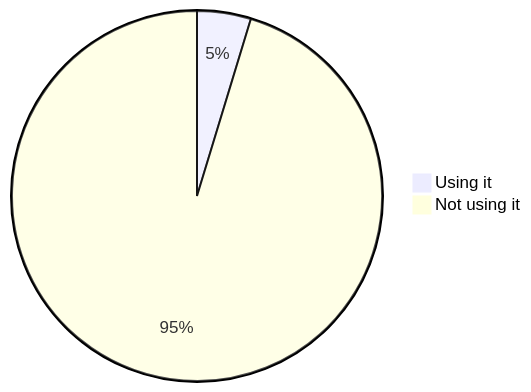
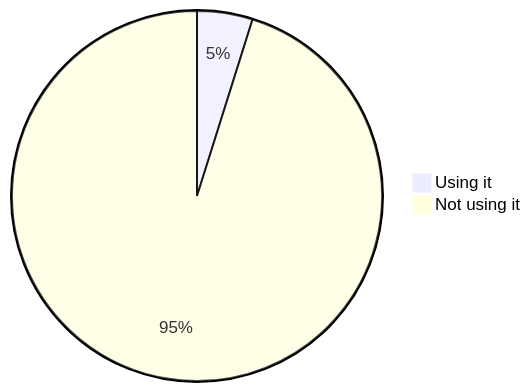
Before and after one commit to oshp/oshp-stats: diagram 11 of 22 in stats.md, drawn with Mermaid. The commit also changed other lines of this file, not shown here.

````diff
--- a/stats.md
+++ b/stats.md
@@ -130,6 +130,6 @@
 ```mermaid
 pie
-	"Using it" : 4.7
-	"Not using it" : 95.3
+	"Using it" : 4.85
+	"Not using it" : 95.15
 
 ```
````
